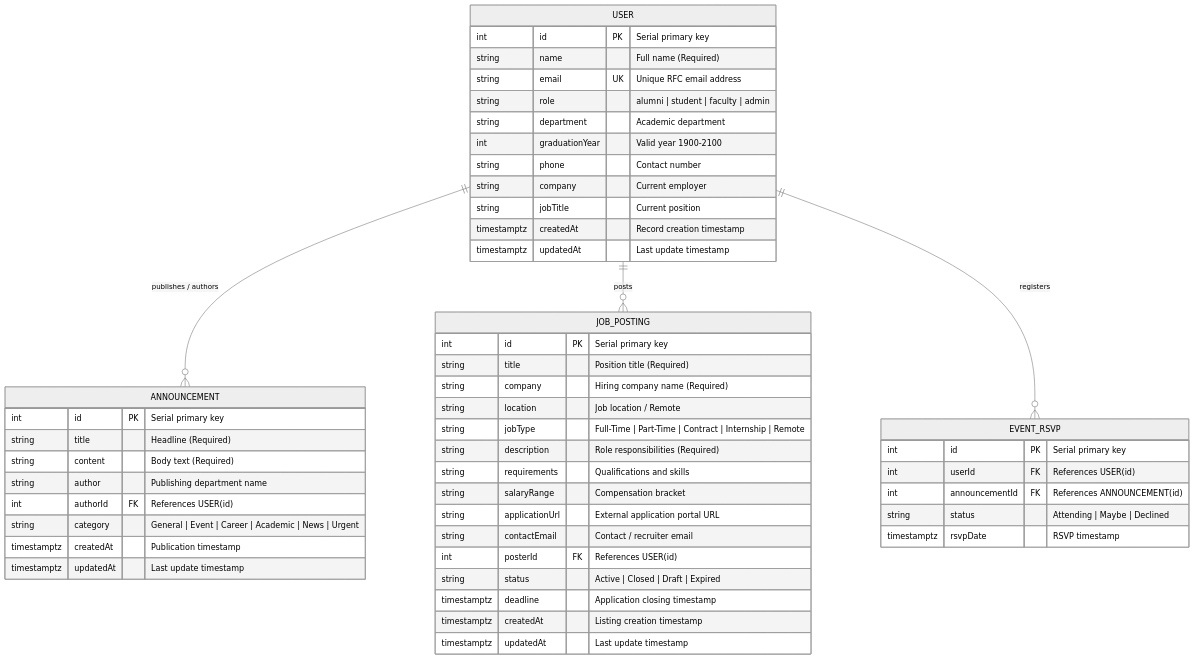
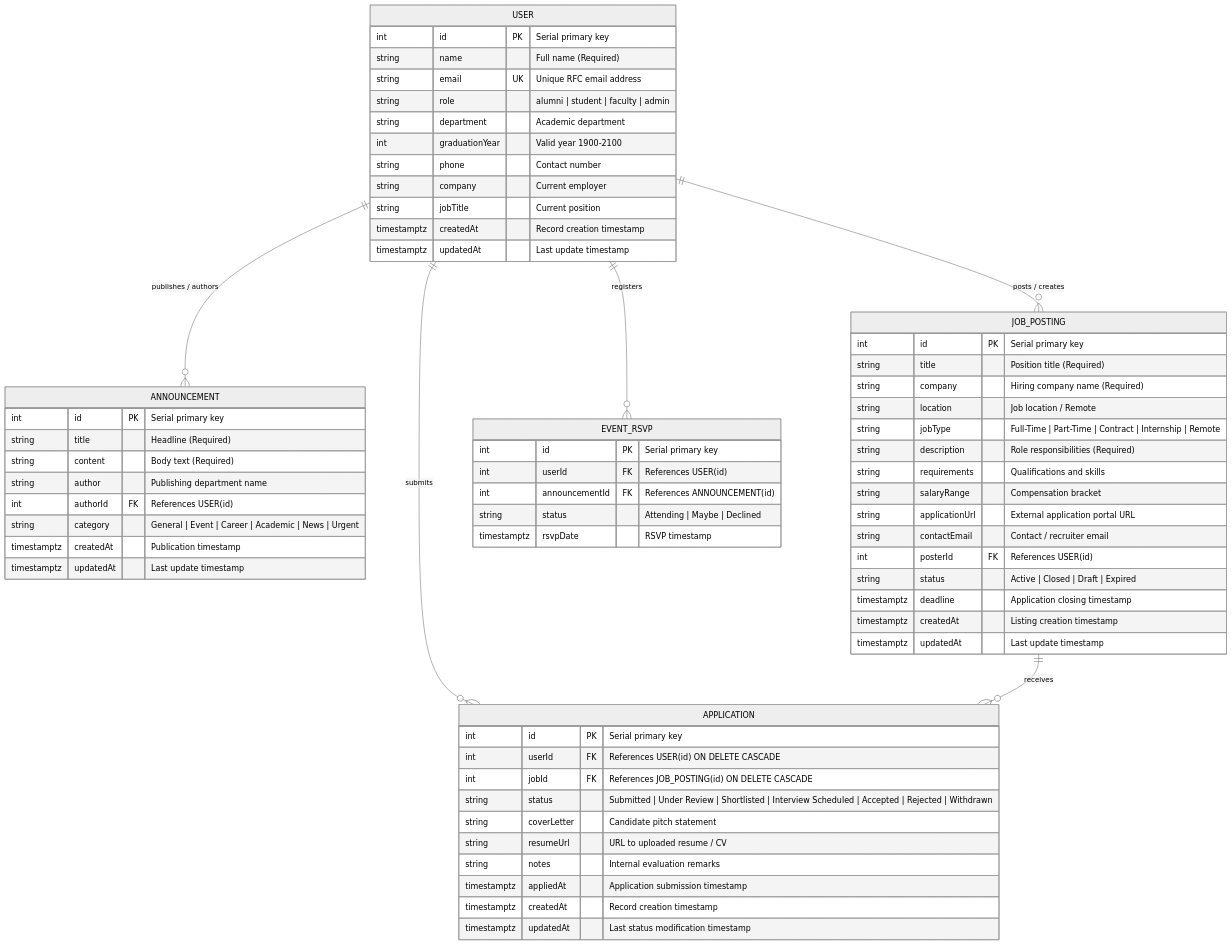
Before and after one commit to zhevadpal-dev/Alumni: the diagram in docs/ddd.md, drawn with Mermaid (neutral theme). The commit also changed other lines of this file and 29 other files, not shown here.

````diff
--- a/docs/ddd.md
+++ b/docs/ddd.md
@@ -141,57 +163,72 @@
 ```mermaid
 erDiagram
     USER ||--o{ ANNOUNCEMENT : "publishes / authors"
-    USER ||--o{ JOB_POSTING : "posts"
+    USER ||--o{ JOB_POSTING : "posts / creates"
+    USER ||--o{ APPLICATION : "submits"
+    JOB_POSTING ||--o{ APPLICATION : "receives"
     USER ||--o{ EVENT_RSVP : "registers"
 
     USER {
         int id PK "Serial primary key"
         string name "Full name (Required)"
         string email UK "Unique RFC email address"
         string role "alumni | student | faculty | admin"
         string department "Academic department"
         int graduationYear "Valid year 1900-2100"
         string phone "Contact number"
         string company "Current employer"
         string jobTitle "Current position"
         timestamptz createdAt "Record creation timestamp"
         timestamptz updatedAt "Last update timestamp"
     }
 
     ANNOUNCEMENT {
         int id PK "Serial primary key"
         string title "Headline (Required)"
         string content "Body text (Required)"
         string author "Publishing department name"
         int authorId FK "References USER(id)"
         string category "General | Event | Career | Academic | News | Urgent"
         timestamptz createdAt "Publication timestamp"
         timestamptz updatedAt "Last update timestamp"
     }
 
     JOB_POSTING {
         int id PK "Serial primary key"
         string title "Position title (Required)"
         string company "Hiring company name (Required)"
         string location "Job location / Remote"
         string jobType "Full-Time | Part-Time | Contract | Internship | Remote"
         string description "Role responsibilities (Required)"
         string requirements "Qualifications and skills"
         string salaryRange "Compensation bracket"
         string applicationUrl "External application portal URL"
         string contactEmail "Contact / recruiter email"
         int posterId FK "References USER(id)"
         string status "Active | Closed | Draft | Expired"
         timestamptz deadline "Application closing timestamp"
         timestamptz createdAt "Listing creation timestamp"
         timestamptz updatedAt "Last update timestamp"
     }
 
+    APPLICATION {
+        int id PK "Serial primary key"
+        int userId FK "References USER(id) ON DELETE CASCADE"
+        int jobId FK "References JOB_POSTING(id) ON DELETE CASCADE"
+        string status "Submitted | Under Review | Shortlisted | Interview Scheduled | Accepted | Rejected | Withdrawn"
+        string coverLetter "Candidate pitch statement"
+        string resumeUrl "URL to uploaded resume / CV"
+        string notes "Internal evaluation remarks"
+        timestamptz appliedAt "Application submission timestamp"
+        timestamptz createdAt "Record creation timestamp"
+        timestamptz updatedAt "Last status modification timestamp"
+    }
+
     EVENT_RSVP {
         int id PK "Serial primary key"
         int userId FK "References USER(id)"
         int announcementId FK "References ANNOUNCEMENT(id)"
         string status "Attending | Maybe | Declined"
         timestamptz rsvpDate "RSVP timestamp"
     }
 ```
````
